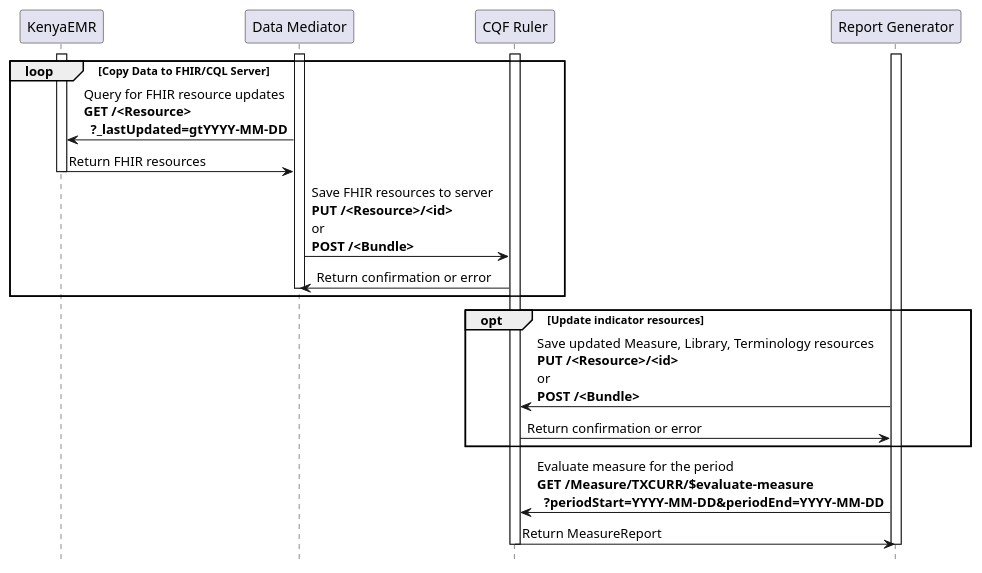
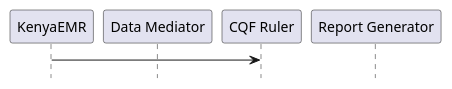
The diagram in input/images-source/simple-workflow.plantuml (costateixeira/MERindicators), drawn with PlantUML before and after one commit.

Commit message:
remove 1st diagram

```diff
--- a/input/images-source/simple-workflow.plantuml
+++ b/input/images-source/simple-workflow.plantuml
@@ -1,32 +1,11 @@
 @startuml
 skinparam svgDimensionStyle false
 hide footbox
 participant "KenyaEMR" as EMR
 participant "Data Mediator" as Data
 participant "CQF Ruler" as CQL
 participant "Report Generator" as Report 
 
-activate CQL
-loop Copy Data to FHIR/CQL Server
-  activate Data
-  activate EMR
-  Data -> EMR: Query for FHIR resource updates\n**GET /<Resource>**\n  **?_lastUpdated=gtYYYY-MM-DD**
-  EMR -> Data: Return FHIR resources
-  deactivate EMR
-  Data -> CQL: Save FHIR resources to server\n**PUT /<Resource>/<id>**\nor\n**POST /<Bundle>**
-  CQL -> Data: Return confirmation or error
-  deactivate Data
-end
-
-activate Report
-opt Update indicator resources
-  Report -> CQL: Save updated Measure, Library, Terminology resources\n**PUT /<Resource>/<id>**\nor\n**POST /<Bundle>**
-  CQL -> Report: Return confirmation or error
-end
-
-Report -> CQL: Evaluate measure for the period\n**GET /Measure/TXCURR/$evaluate-measure**\n  **?periodStart=YYYY-MM-DD&periodEnd=YYYY-MM-DD**
-CQL -> Report: Return MeasureReport
-deactivate Report
-deactivate CQL
+EMR -> CQL
 
 @enduml
```
